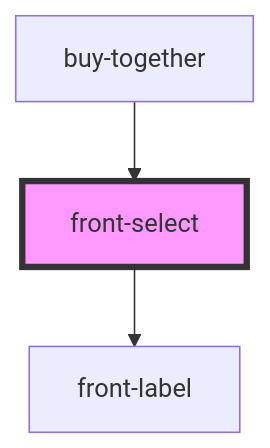
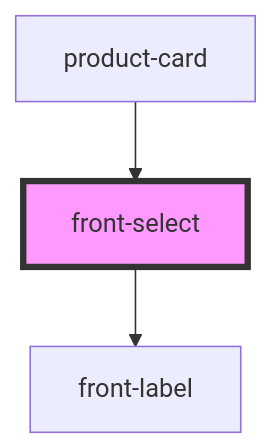
The diagram in src/components/ui/front-select/readme.md (commerce-suite/storefront-components), drawn with Mermaid before and after one commit. The commit also changed other lines of this file and 10 other files, not shown here.

Commit message:
feat(product): variacoes adicionado como select em product-card

````diff
--- a/src/components/ui/front-select/readme.md
+++ b/src/components/ui/front-select/readme.md
@@ -31,6 +31,6 @@
 ```mermaid
 graph TD;
   front-select --> front-label
-  buy-together --> front-select
+  product-card --> front-select
   style front-select fill:#f9f,stroke:#333,stroke-width:4px
 ```
````
